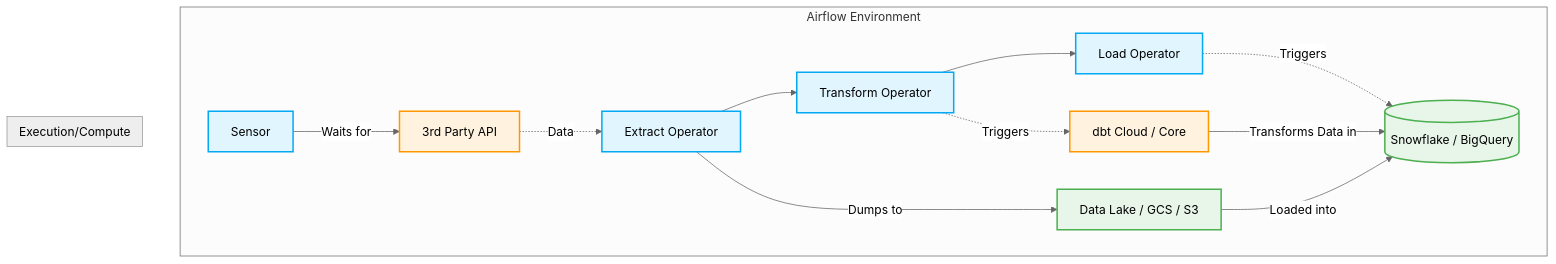
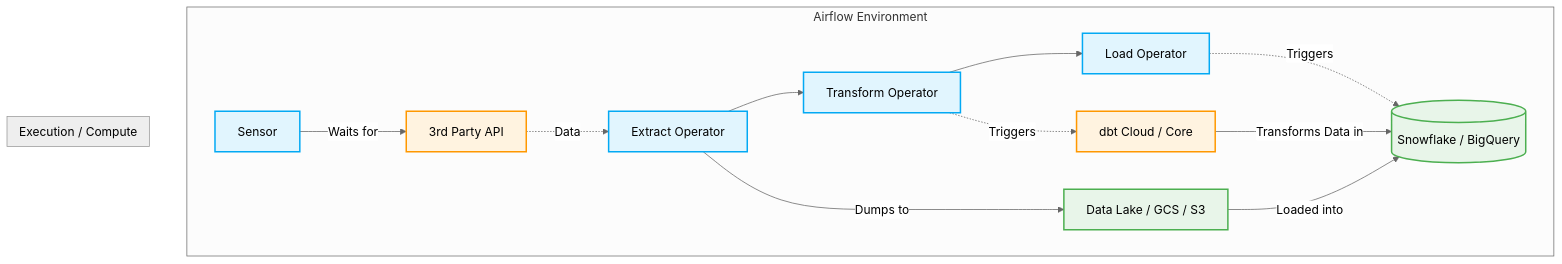
One commit to samargupta096/software-engineering changed the diagram in devops/airflow/04_production_best_practices.md. Above: the diagram before and after it, drawn with Mermaid (neutral theme). The commit also changed 4 other files, not shown here.

Commit message:
docs: finalize Mermaid diagram compliance across all Airflow modules and comprehensive guide

````diff
--- a/devops/airflow/04_production_best_practices.md
+++ b/devops/airflow/04_production_best_practices.md
@@ -36,27 +36,27 @@
 ```mermaid
 graph TD
-    subgraph Airflow Environment
+    subgraph Airflow_Env ["Airflow Environment"]
         S["Sensor"] -->|Waits for| API["3rd Party API"]
         E["Extract Operator"] -->|Dumps to| D["Data Lake / GCS / S3"]
         T["Transform Operator"] -.->|Triggers| dbt["dbt Cloud / Core"]
         L["Load Operator"] -.->|Triggers| Snowflake[("Snowflake / BigQuery")]
     end
     
-    subgraph Execution/Compute
+    subgraph Exec_Compute ["Execution / Compute"]
         dbt -->|Transforms Data in| Snowflake
         D -->|Loaded into| Snowflake
     end
     
     %% Flow
     API -.->|Data| E
     E --> T
     T --> L
     
     classDef af fill:#e1f5fe,stroke:#03a9f4,stroke-width:2px;
     classDef ext fill:#fff3e0,stroke:#ff9800,stroke-width:2px;
     classDef db fill:#e8f5e9,stroke:#4caf50,stroke-width:2px;
     
     class S,E,T,L af;
     class API,dbt ext;
     class D,Snowflake db;
 ```
````
